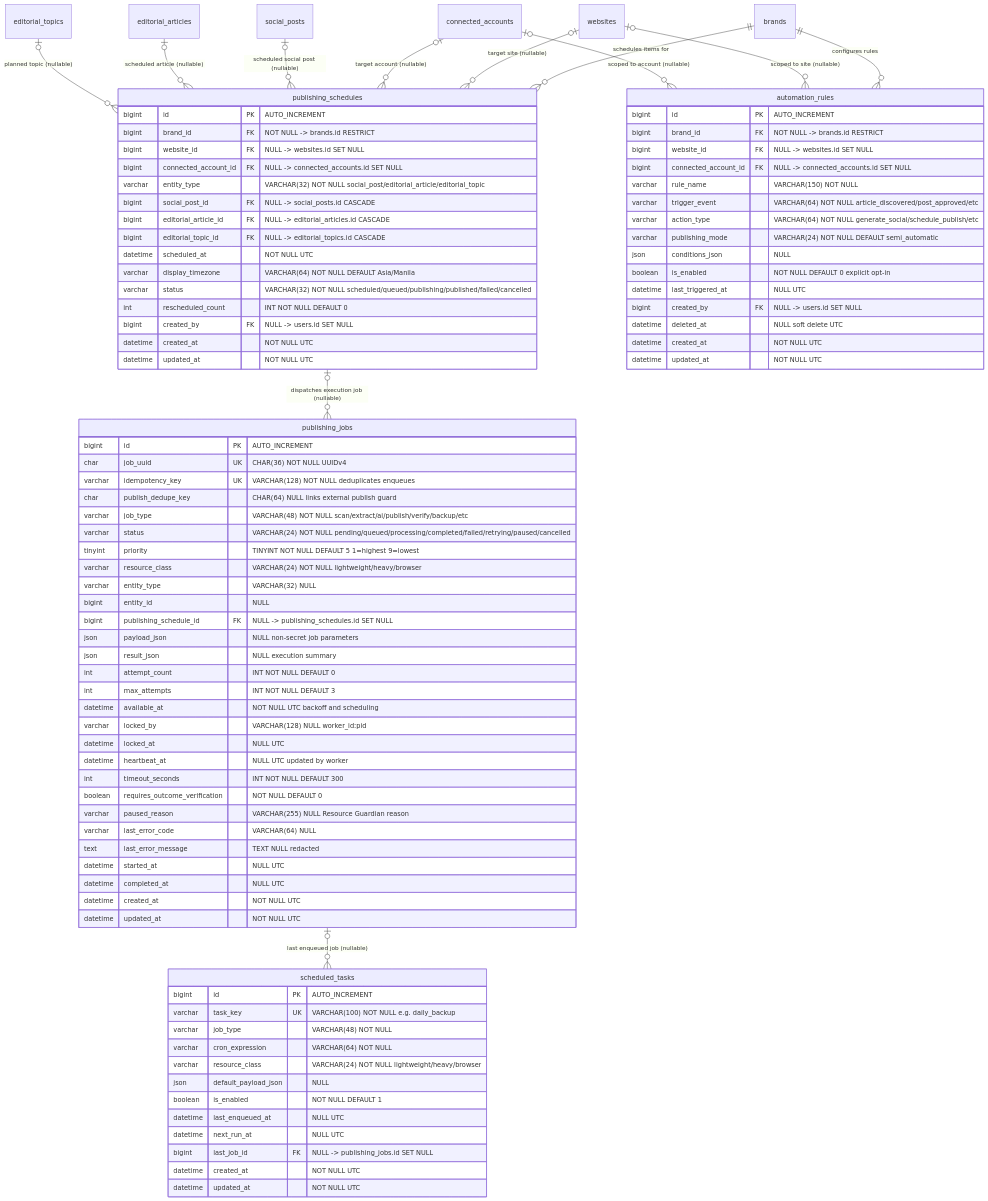
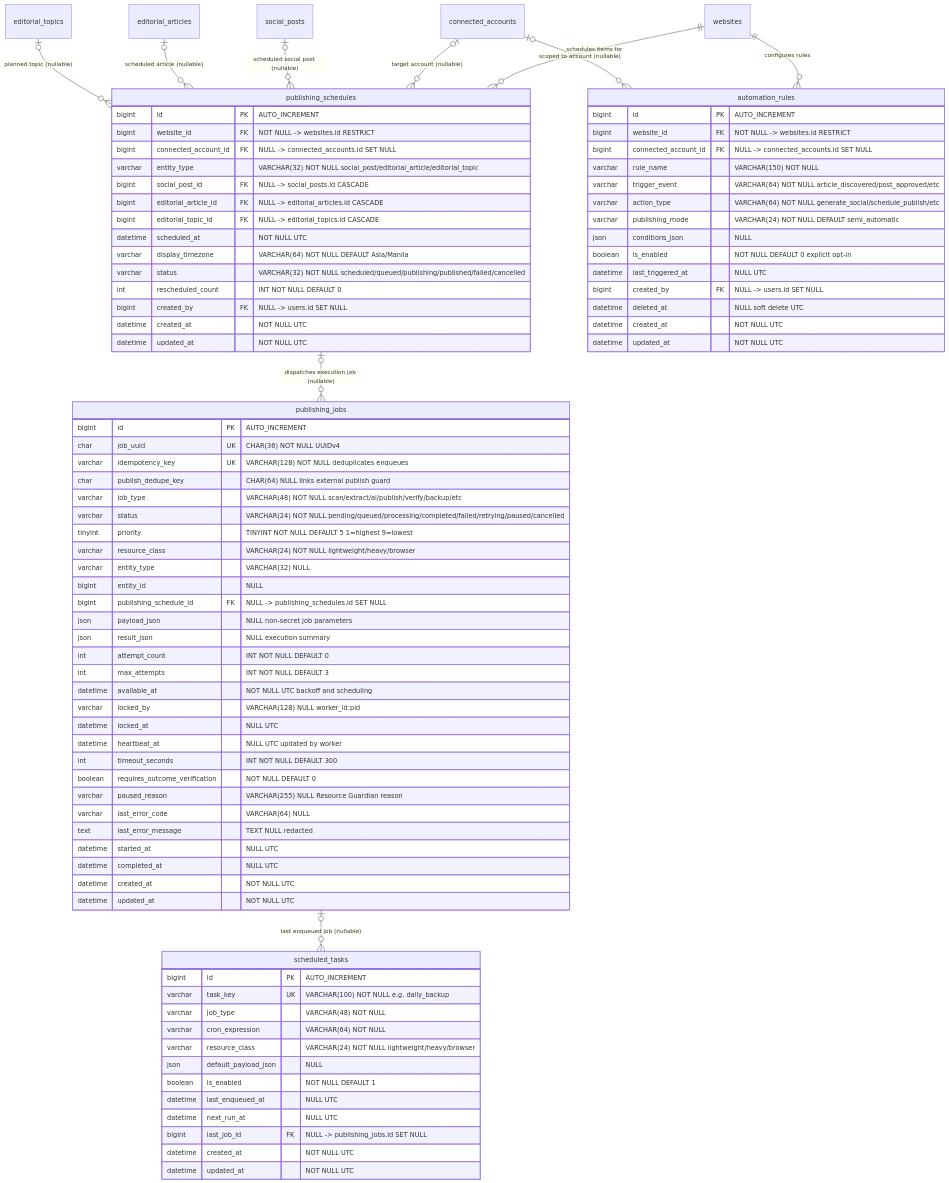
Before and after one commit to YumiAlmero03/website-management: the seventh of 10 diagrams in contenthub-ai/docs/DATABASE.md, drawn with Mermaid. The commit also changed other lines of this file and 94 other files, not shown here.

````diff
--- a/contenthub-ai/docs/DATABASE.md
+++ b/contenthub-ai/docs/DATABASE.md
@@ -736,21 +826,18 @@
 ```mermaid
 erDiagram
-    brands ||--o{ publishing_schedules : "schedules items for"
-    websites |o--o{ publishing_schedules : "target site (nullable)"
+    websites ||--o{ publishing_schedules : "schedules items for"
     connected_accounts |o--o{ publishing_schedules : "target account (nullable)"
     social_posts |o--o{ publishing_schedules : "scheduled social post (nullable)"
     editorial_articles |o--o{ publishing_schedules : "scheduled article (nullable)"
     editorial_topics |o--o{ publishing_schedules : "planned topic (nullable)"
     publishing_schedules |o--o{ publishing_jobs : "dispatches execution job (nullable)"
-    brands ||--o{ automation_rules : "configures rules"
-    websites |o--o{ automation_rules : "scoped to site (nullable)"
+    websites ||--o{ automation_rules : "configures rules"
     connected_accounts |o--o{ automation_rules : "scoped to account (nullable)"
     publishing_jobs |o--o{ scheduled_tasks : "last enqueued job (nullable)"
 
     publishing_schedules {
         bigint id PK "AUTO_INCREMENT"
-        bigint brand_id FK "NOT NULL -> brands.id RESTRICT"
-        bigint website_id FK "NULL -> websites.id SET NULL"
+        bigint website_id FK "NOT NULL -> websites.id RESTRICT"
         bigint connected_account_id FK "NULL -> connected_accounts.id SET NULL"
         varchar entity_type "VARCHAR(32) NOT NULL social_post/editorial_article/editorial_topic"
         bigint social_post_id FK "NULL -> social_posts.id CASCADE"
@@ -798,8 +885,7 @@
 
     automation_rules {
         bigint id PK "AUTO_INCREMENT"
-        bigint brand_id FK "NOT NULL -> brands.id RESTRICT"
-        bigint website_id FK "NULL -> websites.id SET NULL"
+        bigint website_id FK "NOT NULL -> websites.id RESTRICT"
         bigint connected_account_id FK "NULL -> connected_accounts.id SET NULL"
         varchar rule_name "VARCHAR(150) NOT NULL"
         varchar trigger_event "VARCHAR(64) NOT NULL article_discovered/post_approved/etc"
````
